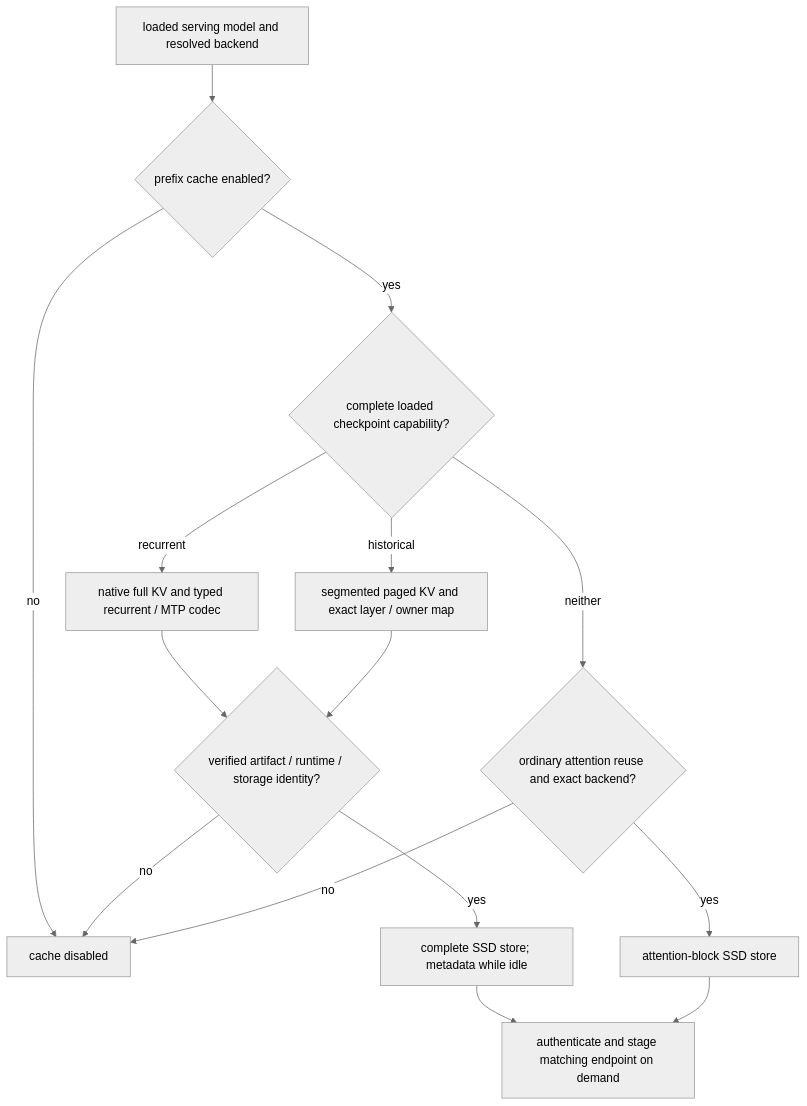
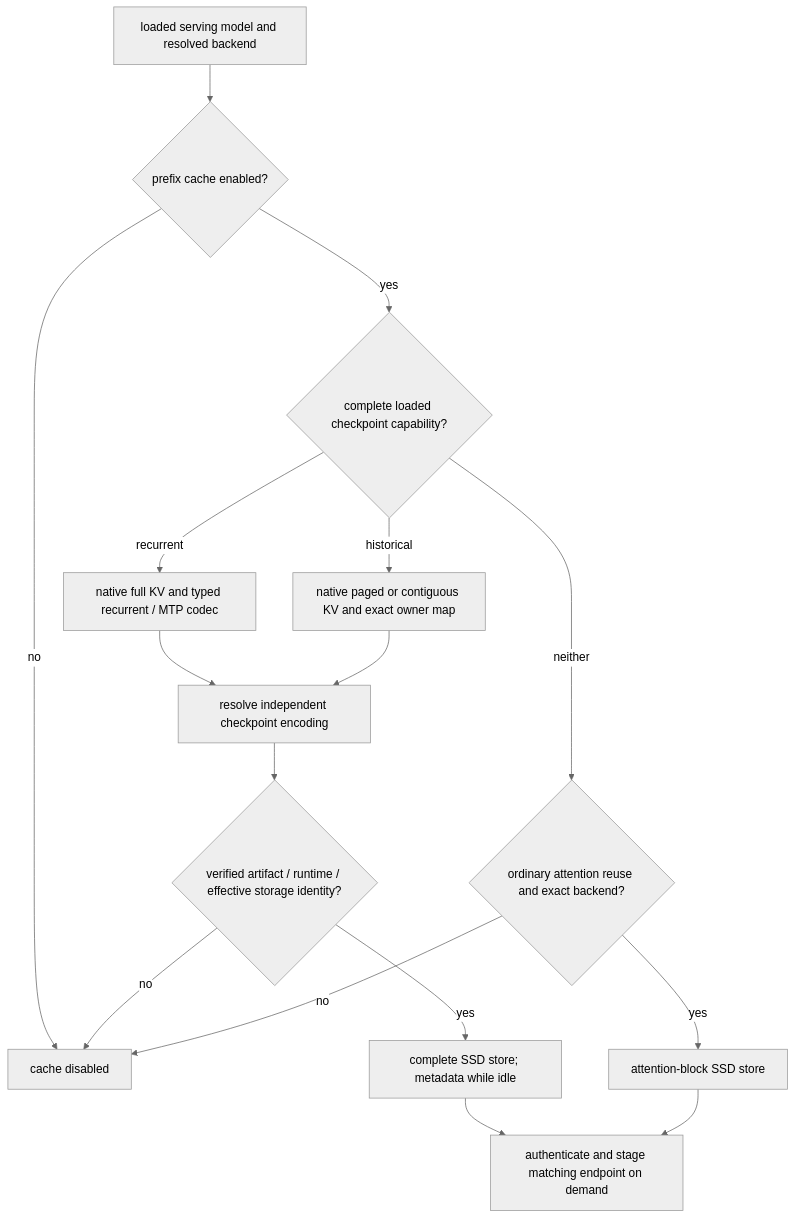
The diagram in docs/architecture/prefix-cache.md (Layr-Labs/d-inference), drawn with Mermaid (neutral theme) before and after one commit. The commit also changed other lines of this file and 127 other files, not shown here.

````diff
--- a/docs/architecture/prefix-cache.md
+++ b/docs/architecture/prefix-cache.md
@@ -363,17 +373,18 @@
 ```mermaid
 flowchart TD
     A[loaded serving model and resolved backend] --> B{prefix cache enabled?}
     B -- no --> X[cache disabled]
     B -- yes --> C{complete loaded checkpoint capability?}
     C -- recurrent --> D[native full KV and typed recurrent / MTP codec]
-    C -- historical --> E[segmented paged KV and exact layer / owner map]
-    D --> F{verified artifact / runtime / storage identity?}
-    E --> F
+    C -- historical --> E[native paged or contiguous KV and exact owner map]
+    D --> P[resolve independent checkpoint encoding]
+    E --> P
+    P --> F{verified artifact / runtime / effective storage identity?}
     F -- yes --> G[complete SSD store; metadata while idle]
     F -- no --> X
     C -- neither --> H{ordinary attention reuse and exact backend?}
     H -- yes --> I[attention-block SSD store]
     H -- no --> X
     G --> J[authenticate and stage matching endpoint on demand]
     I --> J
 ```
````
